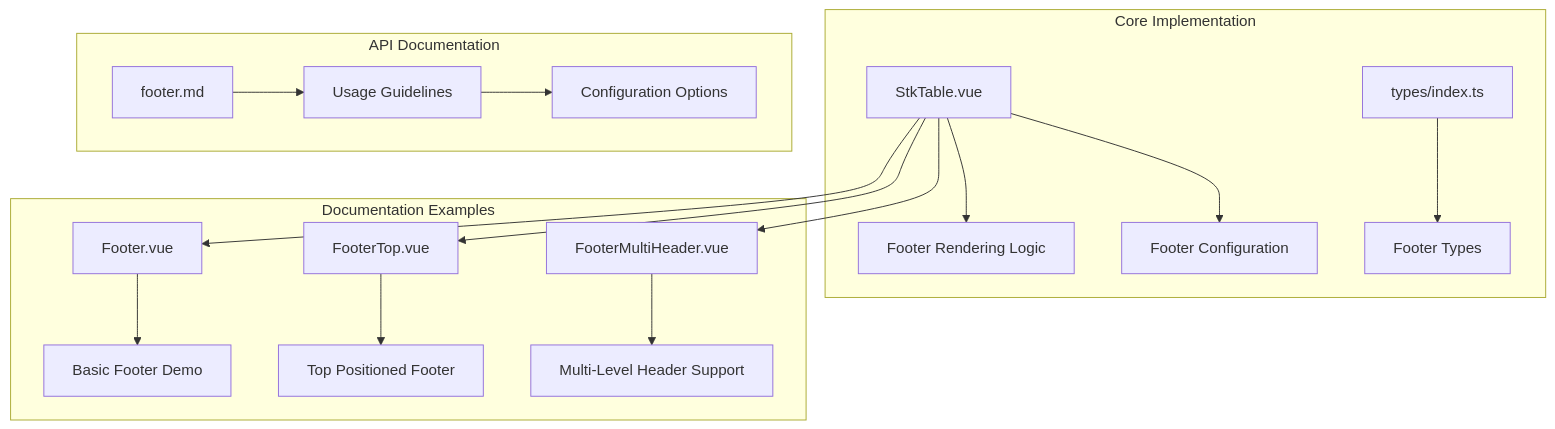
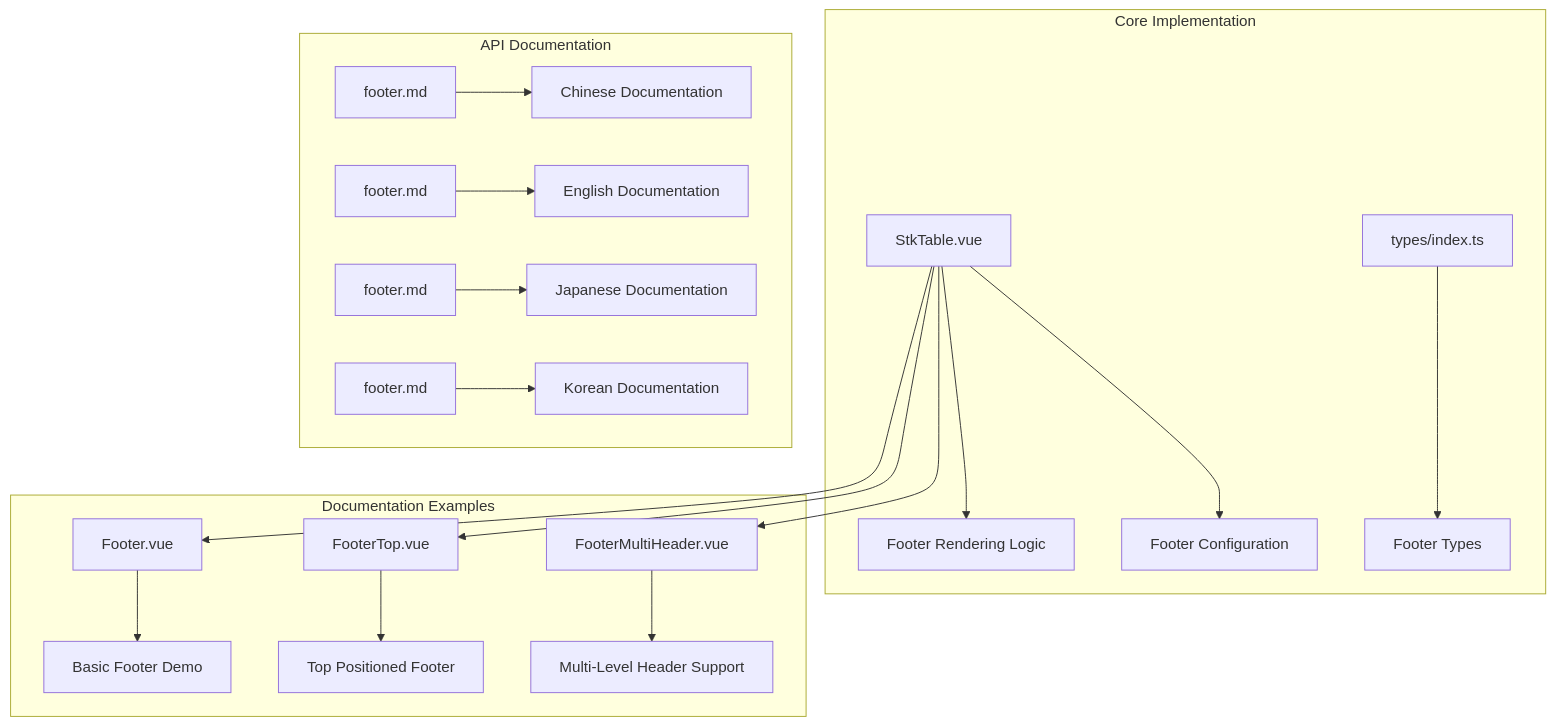
One commit to ja-plus/stk-table-vue changed the first of 6 diagrams in .qoder/repowiki/en/content/Basic Features/Footer Data Support.md. Above: the diagram before and after it, drawn with Mermaid. The commit also changed other lines of this file and 9 other files, not shown here.

````diff
--- a/.qoder/repowiki/en/content/Basic Features/Footer Data Support.md
+++ b/.qoder/repowiki/en/content/Basic Features/Footer Data Support.md
@@ -32,20 +46,22 @@
 ```mermaid
 graph TB
 subgraph "Core Implementation"
 A[StkTable.vue] --> B[Footer Rendering Logic]
 A --> C[Footer Configuration]
 D[types/index.ts] --> E[Footer Types]
 end
 subgraph "Documentation Examples"
 F[Footer.vue] --> G[Basic Footer Demo]
 H[FooterTop.vue] --> I[Top Positioned Footer]
 J[FooterMultiHeader.vue] --> K[Multi-Level Header Support]
 end
 subgraph "API Documentation"
-L[footer.md] --> M[Usage Guidelines]
-M --> N[Configuration Options]
+L[footer.md] --> M[Chinese Documentation]
+N[footer.md] --> O[English Documentation]
+P[footer.md] --> Q[Japanese Documentation]
+R[footer.md] --> S[Korean Documentation]
 end
 A --> F
 A --> H
 A --> J
 ```
````
